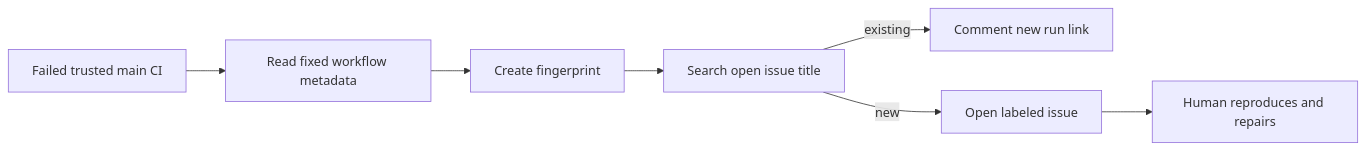
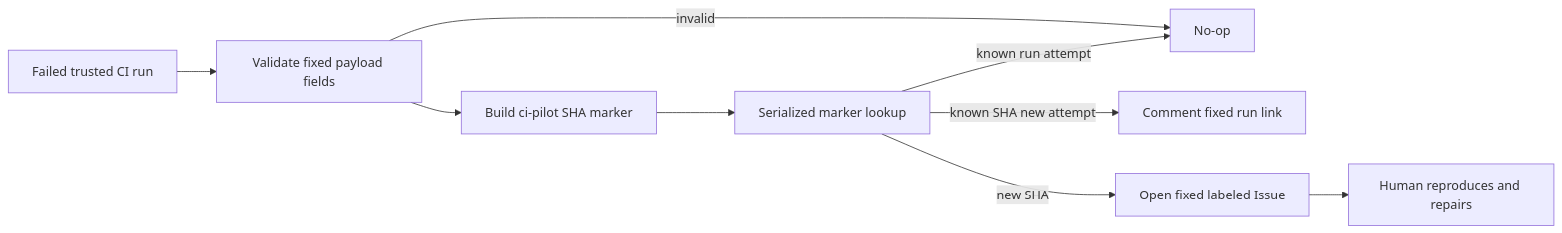
One commit to luw2007/resume changed the diagram in docs/superpowers/specs/2026-08-18-automated-issue-repair-design.md. Above: the diagram before and after it, drawn with Mermaid. The commit also changed other lines of this file and 1 other file, not shown here.

Commit message:
Plan disposable CI failure issue experiment

````diff
--- a/docs/superpowers/specs/2026-08-18-automated-issue-repair-design.md
+++ b/docs/superpowers/specs/2026-08-18-automated-issue-repair-design.md
@@ -55,9 +102,11 @@
 ```mermaid
 flowchart LR
-  C[Failed trusted main CI] --> M[Read fixed workflow metadata]
-  M --> F[Create fingerprint]
-  F --> D[Search open issue title]
-  D -->|existing| U[Comment new run link]
-  D -->|new| I[Open labeled issue]
+  C[Failed trusted CI run] --> G[Validate fixed payload fields]
+  G -->|invalid| X[No-op]
+  G --> F[Build ci-pilot SHA marker]
+  F --> D[Serialized marker lookup]
+  D -->|known run attempt| X
+  D -->|known SHA new attempt| U[Comment fixed run link]
+  D -->|new SHA| I[Open fixed labeled Issue]
   I --> H[Human reproduces and repairs]
 ```
````
